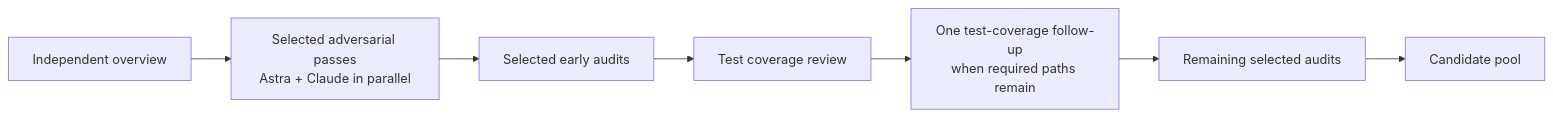
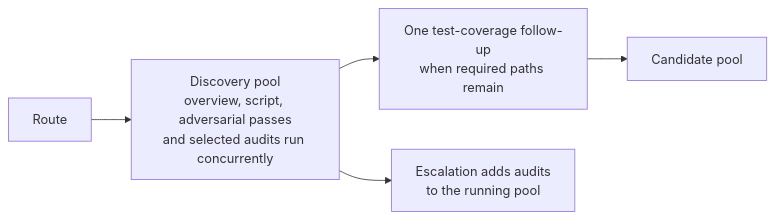
The third of 5 diagrams in pkgs/ralph/README.md (willcl-ark/nix), drawn with Mermaid before and after one commit. The commit also changed other lines of this file and 2 other files, not shown here.

First line of the commit message:
ralph: document concurrent discovery

````diff
--- a/pkgs/ralph/README.md
+++ b/pkgs/ralph/README.md
@@ -293,9 +292,7 @@
 ```mermaid
 flowchart LR
-    overview["Independent overview"] --> adversarial["Selected adversarial passes<br/>Astra + Claude in parallel"]
-    adversarial --> focused["Selected early audits"]
-    focused --> tests["Test coverage review"]
-    tests --> followup["One test-coverage follow-up<br/>when required paths remain"]
-    followup --> remaining["Remaining selected audits"]
-    remaining --> pool["Candidate pool"]
+    route["Route"] --> discovery["Discovery pool<br/>overview, script, adversarial passes<br/>and selected audits run concurrently"]
+    discovery --> followup["One test-coverage follow-up<br/>when required paths remain"]
+    discovery --> escalation["Escalation adds audits<br/>to the running pool"]
+    followup --> pool["Candidate pool"]
 ```
````
